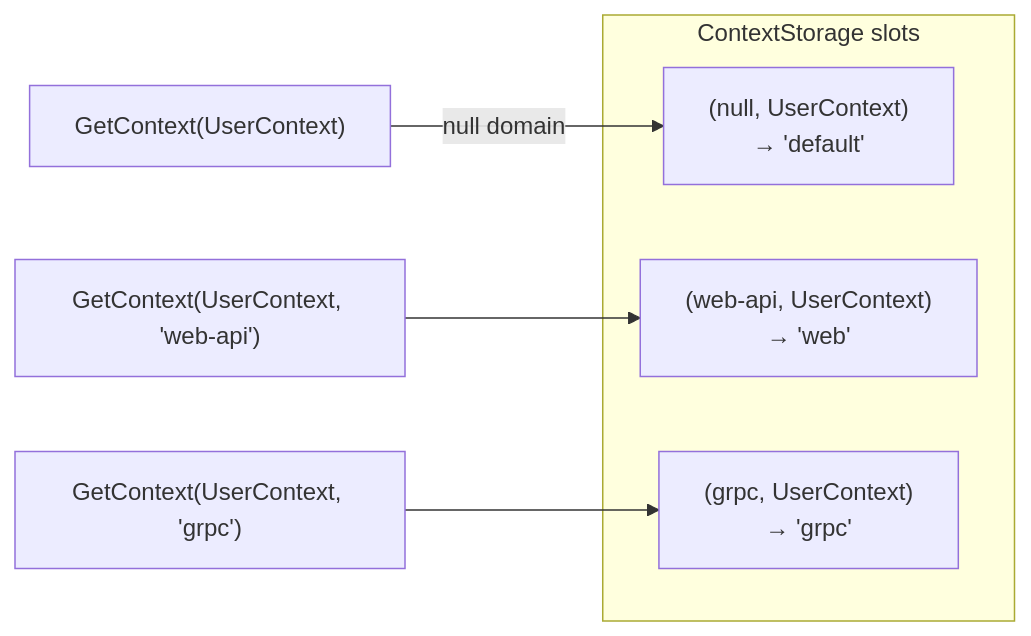
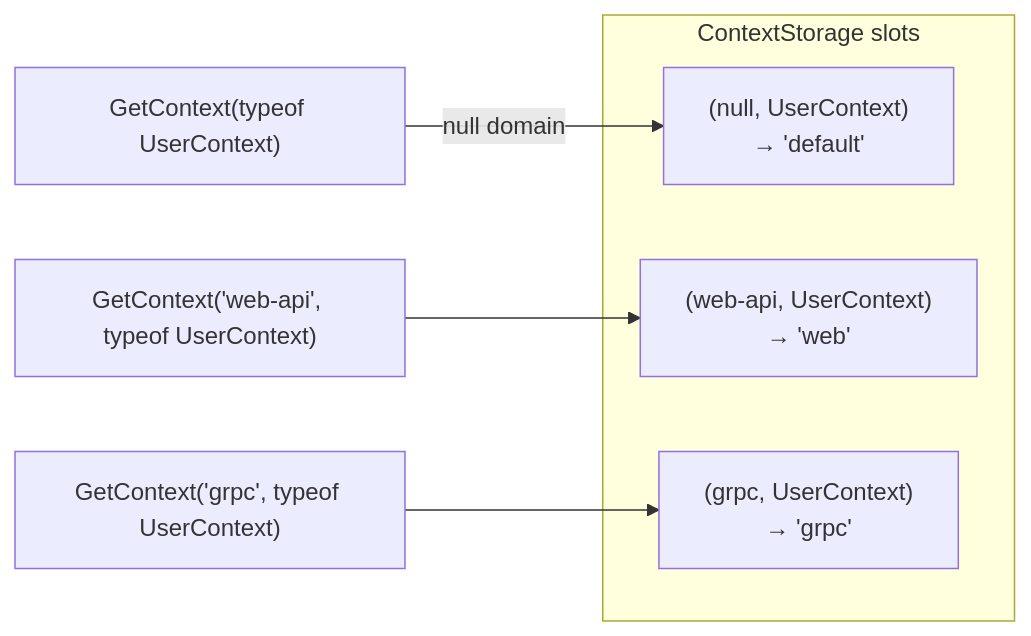
One commit to arttonoyan/ContextR changed the sixth of 8 diagrams in docs/ARCHITECTURE.md. Above: the diagram before and after it, drawn with Mermaid. The commit also changed other lines of this file and 13 other files, not shown here.

````diff
--- a/docs/ARCHITECTURE.md
+++ b/docs/ARCHITECTURE.md
@@ -400,12 +401,12 @@
 ```mermaid
 graph LR
     subgraph Storage["ContextStorage slots"]
         Default["(null, UserContext)\n→ 'default'"]
         Web["(web-api, UserContext)\n→ 'web'"]
         Grpc["(grpc, UserContext)\n→ 'grpc'"]
     end
 
-    A1["GetContext(UserContext)"] -- "null domain" --> Default
-    A2["GetContext(UserContext, 'web-api')"] --> Web
-    A3["GetContext(UserContext, 'grpc')"] --> Grpc
+    A1["GetContext(typeof UserContext)"] -- "null domain" --> Default
+    A2["GetContext('web-api', typeof UserContext)"] --> Web
+    A3["GetContext('grpc', typeof UserContext)"] --> Grpc
 ```
````
